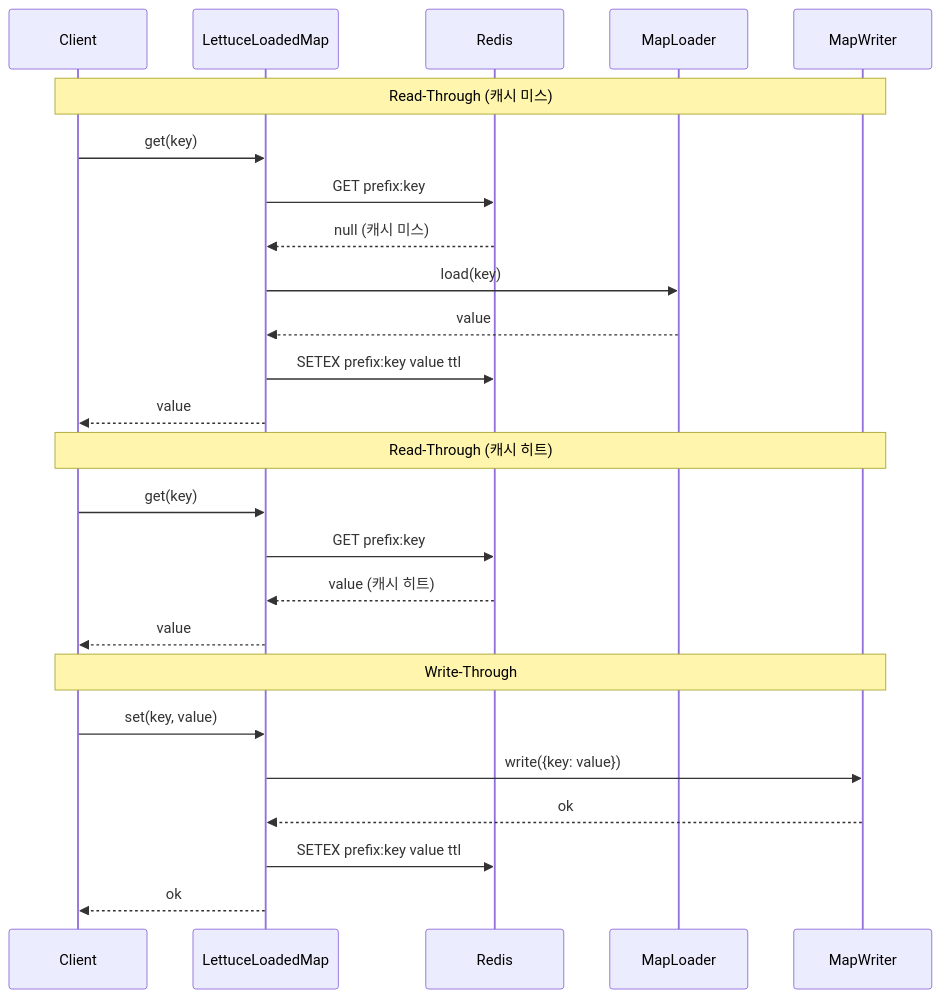
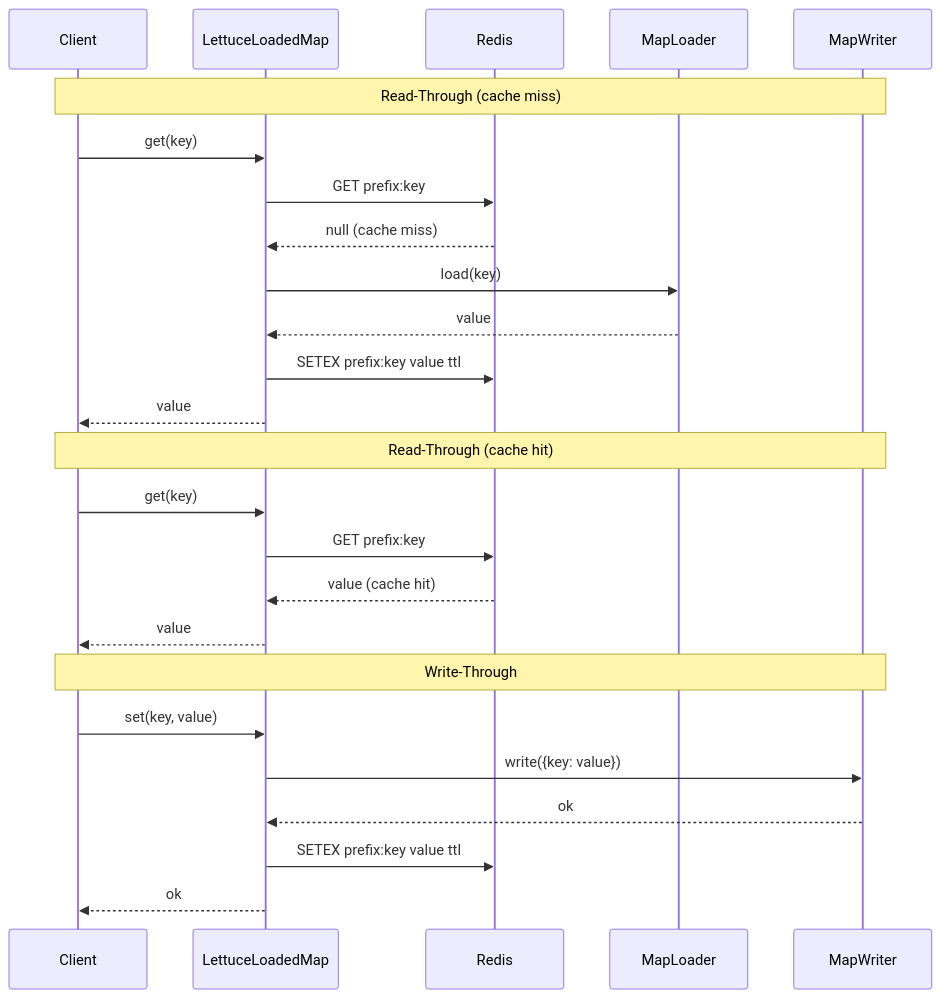
One commit to bluetape4k/bluetape4k-projects changed the second of 3 diagrams in infra/lettuce/README.md. Above: the diagram before and after it, drawn with Mermaid. The commit also changed other lines of this file and 265 other files, not shown here.

````diff
--- a/infra/lettuce/README.md
+++ b/infra/lettuce/README.md
@@ -382,27 +384,27 @@
 ```mermaid
 sequenceDiagram
     participant Client
     participant LettuceLoadedMap
     participant Redis
     participant MapLoader
     participant MapWriter
-    Note over Client, MapWriter: Read-Through (캐시 미스)
+    Note over Client, MapWriter: Read-Through (cache miss)
     Client ->> LettuceLoadedMap: get(key)
     LettuceLoadedMap ->> Redis: GET prefix:key
-    Redis -->> LettuceLoadedMap: null (캐시 미스)
+    Redis -->> LettuceLoadedMap: null (cache miss)
     LettuceLoadedMap ->> MapLoader: load(key)
     MapLoader -->> LettuceLoadedMap: value
     LettuceLoadedMap ->> Redis: SETEX prefix:key value ttl
     LettuceLoadedMap -->> Client: value
-    Note over Client, MapWriter: Read-Through (캐시 히트)
+    Note over Client, MapWriter: Read-Through (cache hit)
     Client ->> LettuceLoadedMap: get(key)
     LettuceLoadedMap ->> Redis: GET prefix:key
-    Redis -->> LettuceLoadedMap: value (캐시 히트)
+    Redis -->> LettuceLoadedMap: value (cache hit)
     LettuceLoadedMap -->> Client: value
     Note over Client, MapWriter: Write-Through
     Client ->> LettuceLoadedMap: set(key, value)
     LettuceLoadedMap ->> MapWriter: write({key: value})
     MapWriter -->> LettuceLoadedMap: ok
     LettuceLoadedMap ->> Redis: SETEX prefix:key value ttl
     LettuceLoadedMap -->> Client: ok
 ```
````
